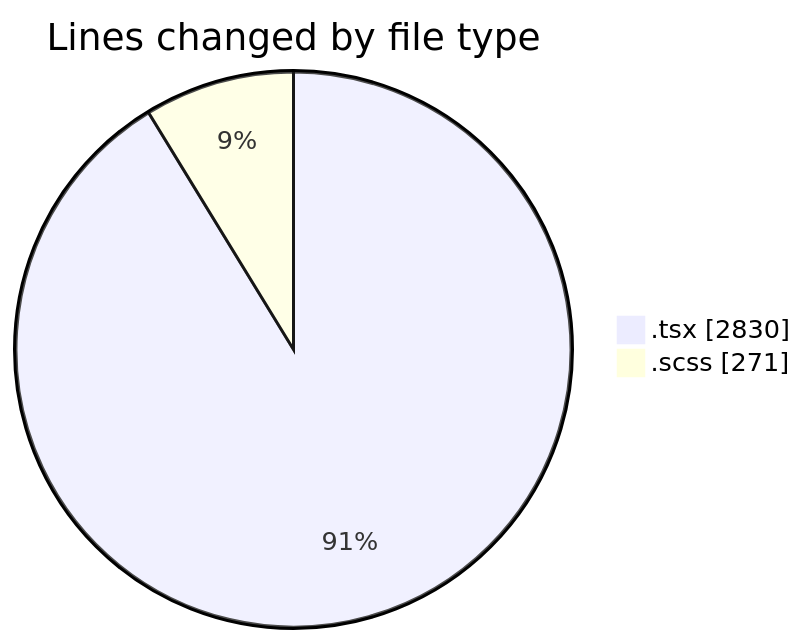
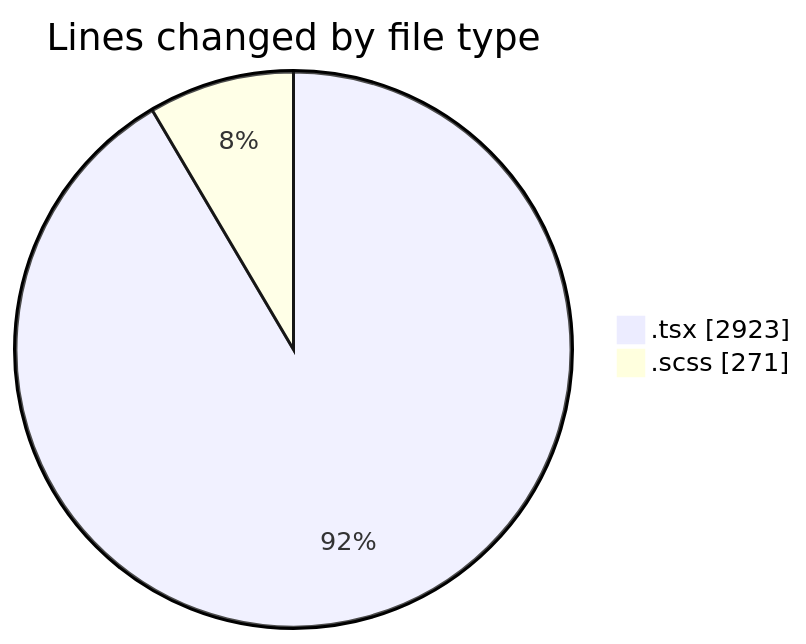
Before and after one commit to momahboobian/code-tracking: the first of 2 diagrams in 2025-11-18/cda/README.md, drawn with Mermaid. The commit also changed other lines of this file and 1 other file, not shown here.

````diff
--- a/2025-11-18/cda/README.md
+++ b/2025-11-18/cda/README.md
@@ -25,6 +25,6 @@
 ```mermaid
 pie showData
 title Lines changed by file type
-".tsx" : 2830
+".tsx" : 2923
 ".scss" : 271
 ```
````
